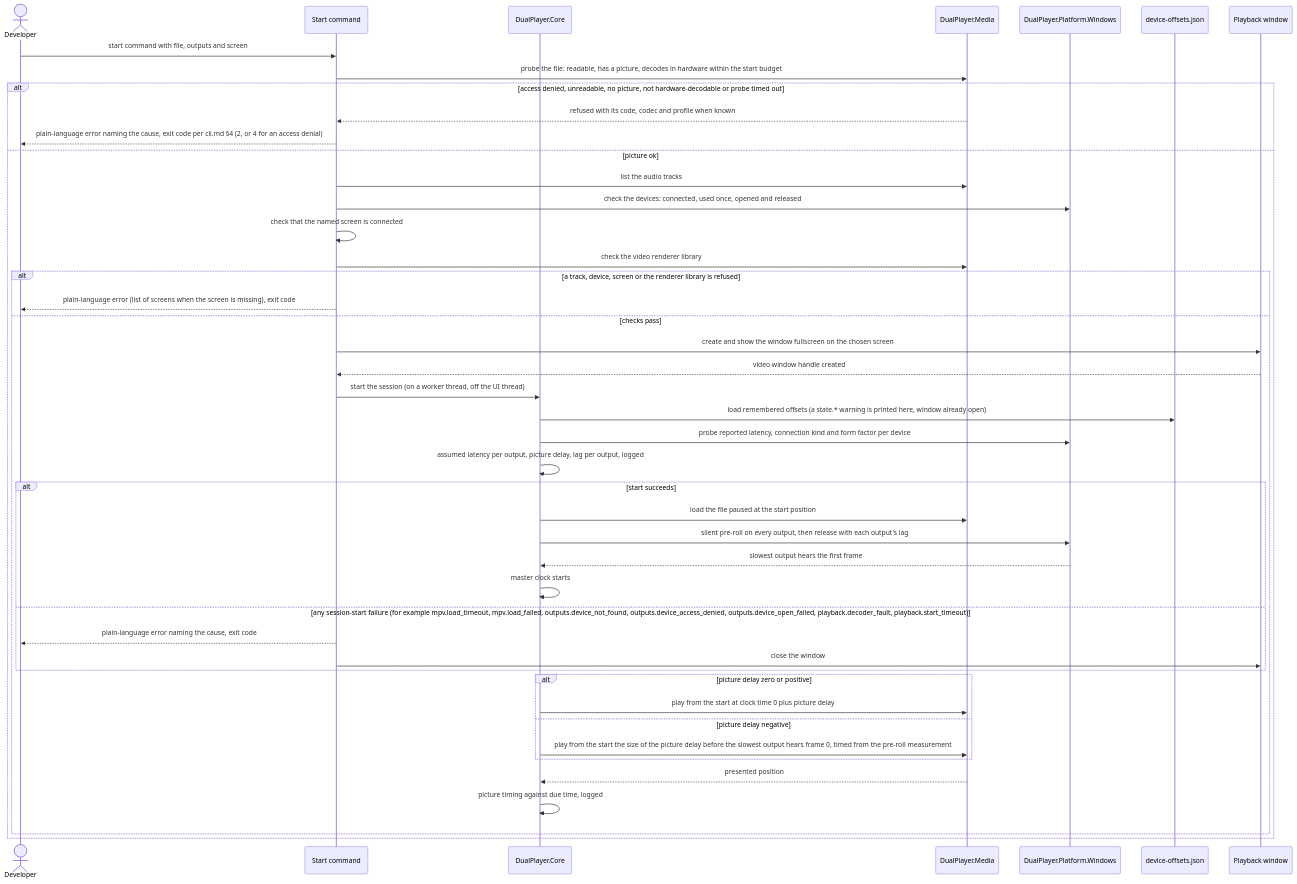
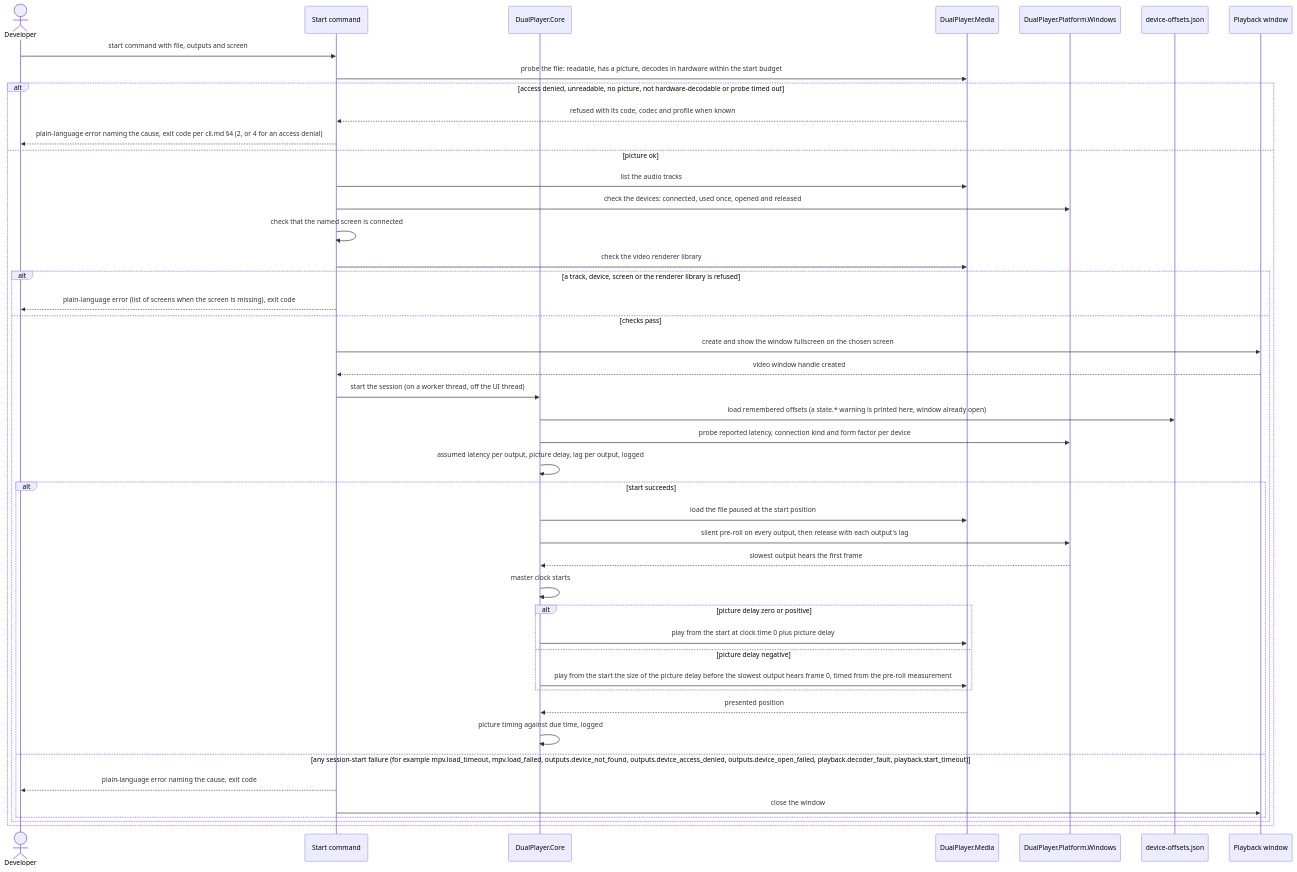
One commit to PulsarV/DualPlayer changed the third of 11 diagrams in docs/features/lip-synced-video/sad.md. Above: the diagram before and after it, drawn with Mermaid. The commit also changed 9 other files, not shown here.

First line of the commit message:
implement: lip-synced-video T135 Bring the SCR-01 wireframe, ux-flows, sad flow 1, StartErrors and T20's trace in step with the next-line order and the Esc-during-start path

````diff
--- a/docs/features/lip-synced-video/sad.md
+++ b/docs/features/lip-synced-video/sad.md
@@ -216,47 +216,47 @@
 ```mermaid
 sequenceDiagram
     actor Developer
     participant Cli as Start command
     participant Core as DualPlayer.Core
     participant Media as DualPlayer.Media
     participant Platform as DualPlayer.Platform.Windows
     participant Offsets as device-offsets.json
     participant Window as Playback window
     Developer->>Cli: start command with file, outputs and screen
     Cli->>Media: probe the file: readable, has a picture, decodes in hardware within the start budget
     alt access denied, unreadable, no picture, not hardware-decodable or probe timed out
         Media-->>Cli: refused with its code, codec and profile when known
         Cli-->>Developer: plain-language error naming the cause, exit code per cli.md §4 (2, or 4 for an access denial)
     else picture ok
         Cli->>Media: list the audio tracks
         Cli->>Platform: check the devices: connected, used once, opened and released
         Cli->>Cli: check that the named screen is connected
         Cli->>Media: check the video renderer library
         alt a track, device, screen or the renderer library is refused
             Cli-->>Developer: plain-language error (list of screens when the screen is missing), exit code
         else checks pass
             Cli->>Window: create and show the window fullscreen on the chosen screen
             Window-->>Cli: video window handle created
             Cli->>Core: start the session (on a worker thread, off the UI thread)
             Core->>Offsets: load remembered offsets (a state.* warning is printed here, window already open)
             Core->>Platform: probe reported latency, connection kind and form factor per device
             Core->>Core: assumed latency per output, picture delay, lag per output, logged
             alt start succeeds
                 Core->>Media: load the file paused at the start position
                 Core->>Platform: silent pre-roll on every output, then release with each output's lag
                 Platform-->>Core: slowest output hears the first frame
                 Core->>Core: master clock starts
+                alt picture delay zero or positive
+                    Core->>Media: play from the start at clock time 0 plus picture delay
+                else picture delay negative
+                    Core->>Media: play from the start the size of the picture delay before the slowest output hears frame 0, timed from the pre-roll measurement
+                end
+                Media-->>Core: presented position
+                Core->>Core: picture timing against due time, logged
             else any session-start failure (for example mpv.load_timeout, mpv.load_failed, outputs.device_not_found, outputs.device_access_denied, outputs.device_open_failed, playback.decoder_fault, playback.start_timeout)
                 Cli-->>Developer: plain-language error naming the cause, exit code
                 Cli->>Window: close the window
             end
-            alt picture delay zero or positive
-                Core->>Media: play from the start at clock time 0 plus picture delay
-            else picture delay negative
-                Core->>Media: play from the start the size of the picture delay before the slowest output hears frame 0, timed from the pre-roll measurement
-            end
-            Media-->>Core: presented position
-            Core->>Core: picture timing against due time, logged
         end
     end
 ```
````
